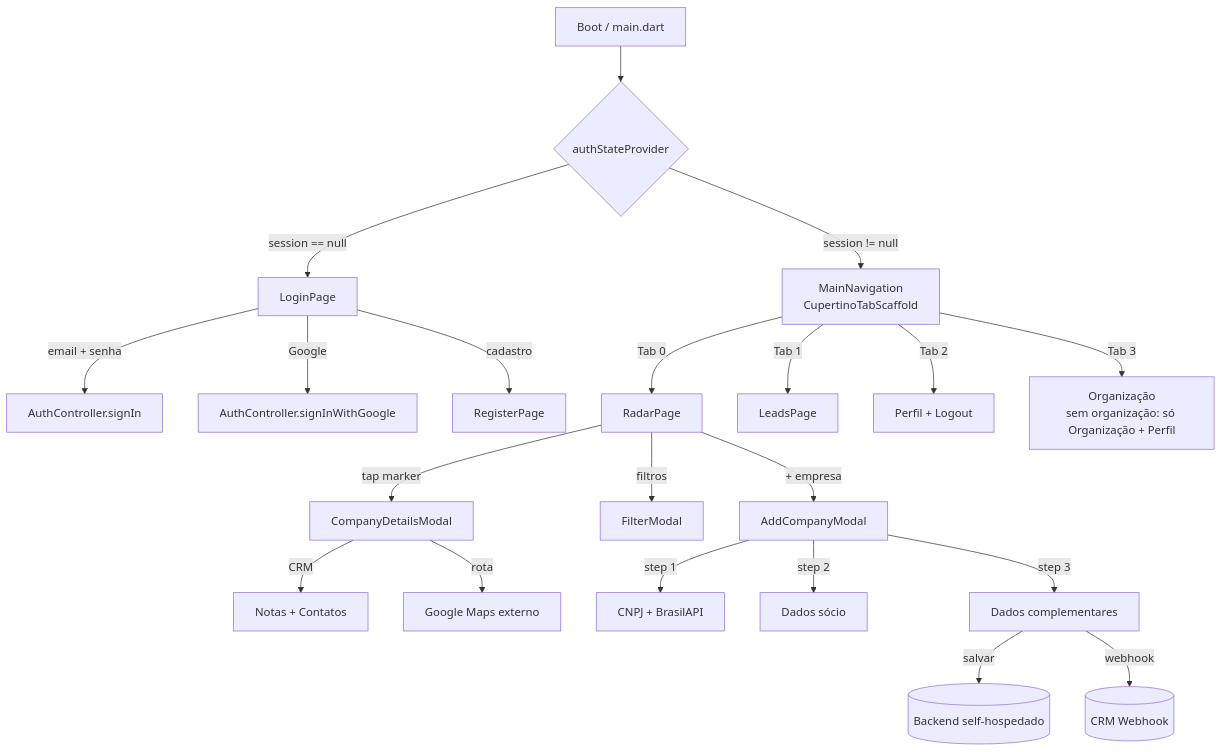
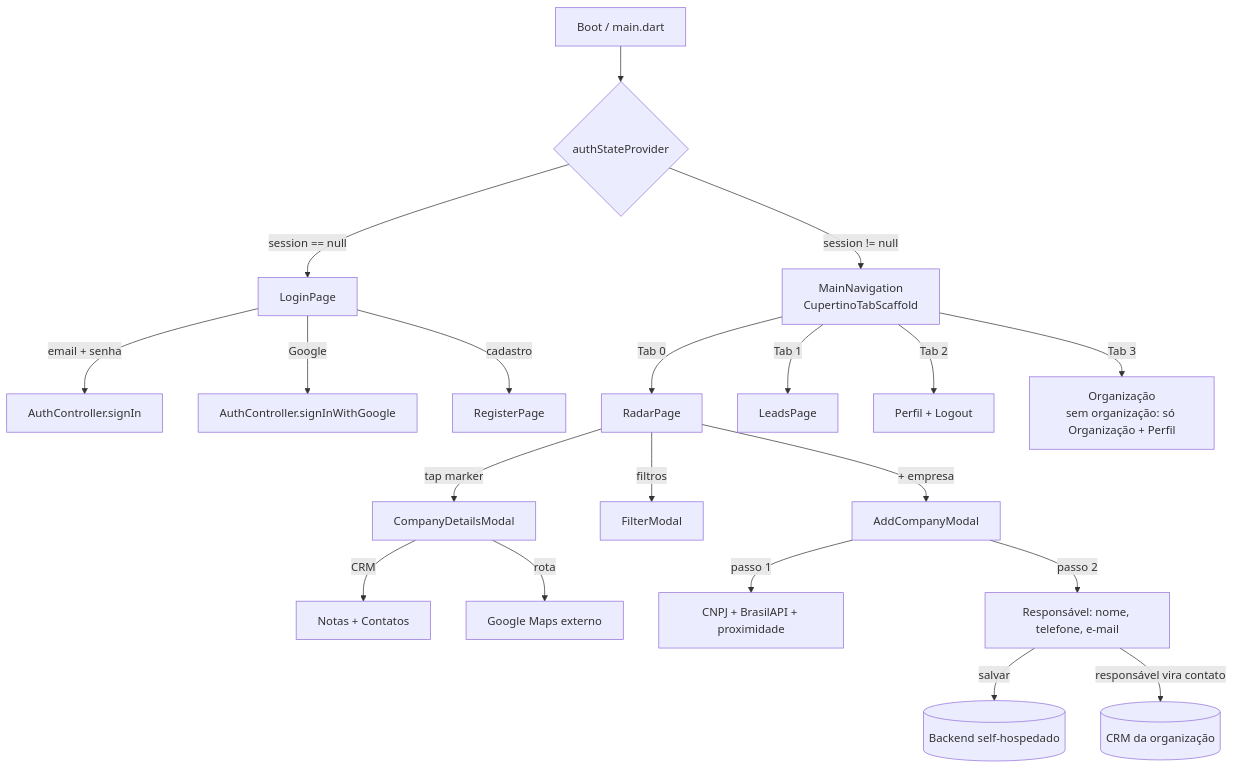
Before and after one commit to danielfercope/rumo-app: the second of 2 diagrams in CLAUDE.md, drawn with Mermaid. The commit also changed other lines of this file and 48 other files, not shown here.

````diff
--- a/CLAUDE.md
+++ b/CLAUDE.md
@@ -165,28 +165,27 @@
 ```mermaid
 flowchart TD
     BOOT[Boot / main.dart] --> AUTH_STATE{authStateProvider}
     AUTH_STATE -->|session == null| LOGIN[LoginPage]
     AUTH_STATE -->|session != null| NAV[MainNavigation<br/>CupertinoTabScaffold]
 
     LOGIN -->|email + senha| SIGN_IN[AuthController.signIn]
     LOGIN -->|Google| GOOGLE[AuthController.signInWithGoogle]
     LOGIN -->|cadastro| REGISTER[RegisterPage]
 
     NAV -->|Tab 0| RADAR[RadarPage]
     NAV -->|Tab 1| LEADS[LeadsPage]
     NAV -->|Tab 2| PROFILE_TAB[Perfil + Logout]
     NAV -->|Tab 3| ORG_TAB[Organização<br/>sem organização: só Organização + Perfil]
 
     RADAR -->|tap marker| DETAILS[CompanyDetailsModal]
     RADAR -->|filtros| FILTER_MODAL[FilterModal]
     RADAR -->|+ empresa| ADD[AddCompanyModal]
 
     DETAILS -->|CRM| HS_NOTES_VIEW[Notas + Contatos]
     DETAILS -->|rota| MAPS[Google Maps externo]
 
-    ADD -->|step 1| CNPJ_STEP[CNPJ + BrasilAPI]
-    ADD -->|step 2| SOCIO_STEP[Dados sócio]
-    ADD -->|step 3| COMP_STEP[Dados complementares]
-    COMP_STEP -->|salvar| BACKEND[(Backend self-hospedado)]
-    COMP_STEP -->|webhook| CRM[(CRM Webhook)]
+    ADD -->|passo 1| CNPJ_STEP[CNPJ + BrasilAPI + proximidade]
+    ADD -->|passo 2| RESP_STEP[Responsável: nome, telefone, e-mail]
+    RESP_STEP -->|salvar| BACKEND[(Backend self-hospedado)]
+    RESP_STEP -->|responsável vira contato| CRM[(CRM da organização)]
 ```
````
